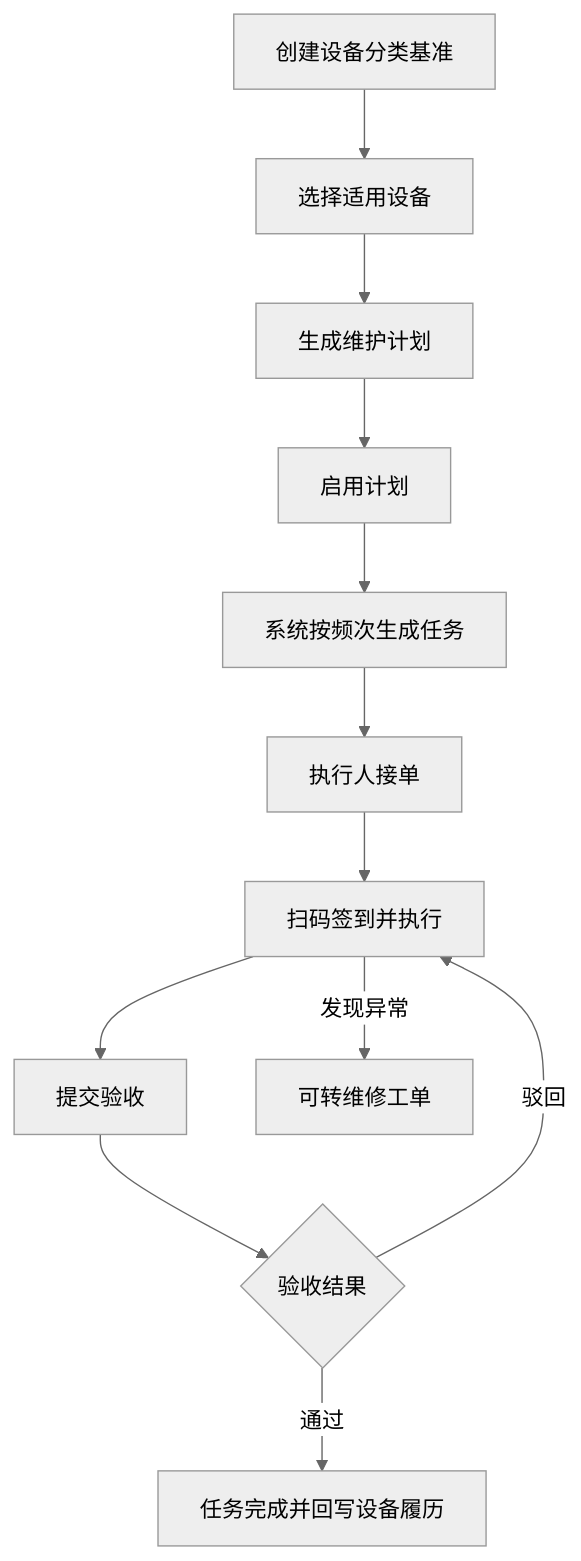
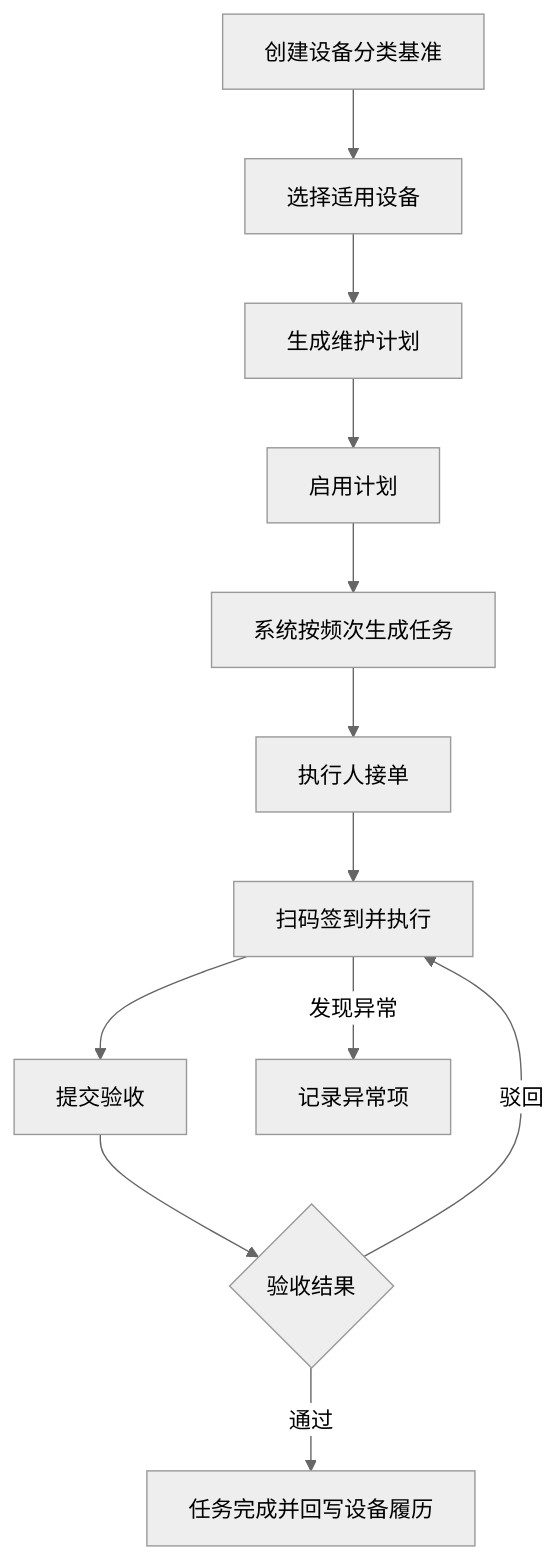
Before and after one commit to front-yummy/equipment-management-standard: the first of 2 diagrams in P9/02-预防性维护.md, drawn with Mermaid (neutral theme). The commit also changed other lines of this file and 5 other files, not shown here.

````diff
--- a/P9/02-预防性维护.md
+++ b/P9/02-预防性维护.md
@@ -21,14 +21,14 @@
 ```mermaid
 flowchart TD
     A[创建设备分类基准] --> B[选择适用设备]
     B --> C[生成维护计划]
     C --> D[启用计划]
     D --> E[系统按频次生成任务]
     E --> F[执行人接单]
     F --> G[扫码签到并执行]
     G --> H[提交验收]
     H --> I{验收结果}
     I -->|通过| J[任务完成并回写设备履历]
     I -->|驳回| G
-    G -->|发现异常| K[可转维修工单]
+    G -->|发现异常| K[记录异常项]
 ```
````
